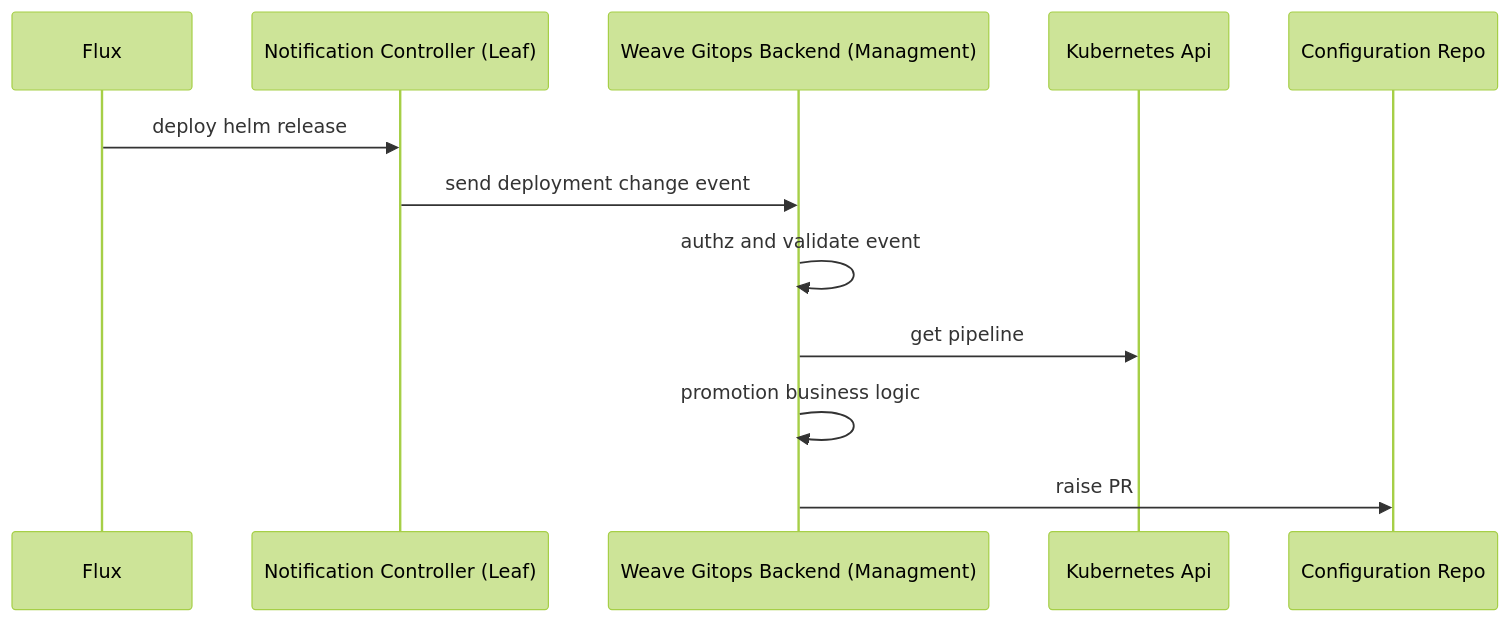
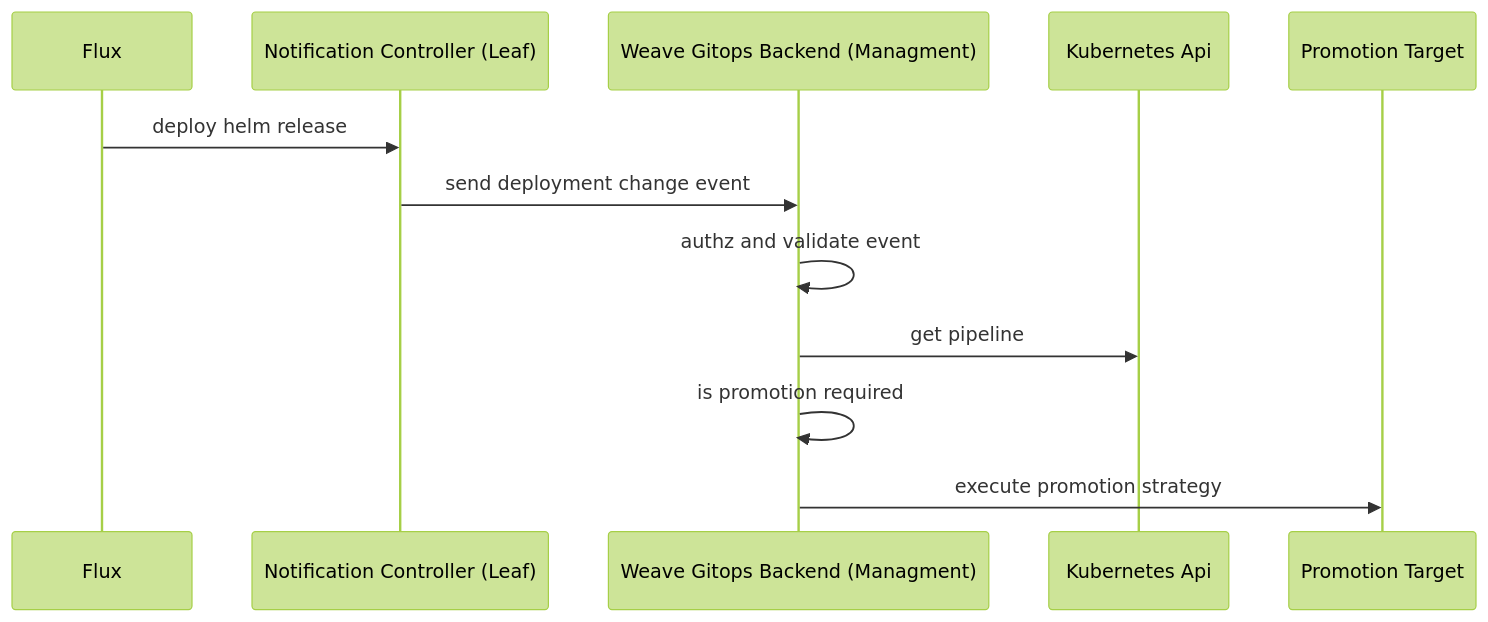
One commit to weaveworks/weave-gitops-private changed the third of 5 diagrams in docs/rfcs/0003-pipelines-promotion/README.md. Above: the diagram before and after it, drawn with Mermaid (forest theme). The commit also changed other lines of this file and 1 other file, not shown here.

````diff
--- a/docs/rfcs/0003-pipelines-promotion/README.md
+++ b/docs/rfcs/0003-pipelines-promotion/README.md
@@ -207,15 +212,15 @@
 ```mermaid
    sequenceDiagram
     participant F as Flux
     participant LC as Notification Controller (Leaf)
     F->>LC: deploy helm release
     LC->>wge: send deployment change event
     participant wge as Weave Gitops Backend (Managment)
     wge->>wge: authz and validate event
     participant k8s as Kubernetes Api
     wge->>k8s: get pipeline
-    wge->>wge: promotion business logic
+    wge->>wge: is promotion required
     participant k8s as Kubernetes Api
-    wge->>configRepo: raise PR
-    participant configRepo as Configuration Repo
+    wge->>promotionTarget: execute promotion strategy 
+    participant promotionTarget as Promotion Target
 ```
````
